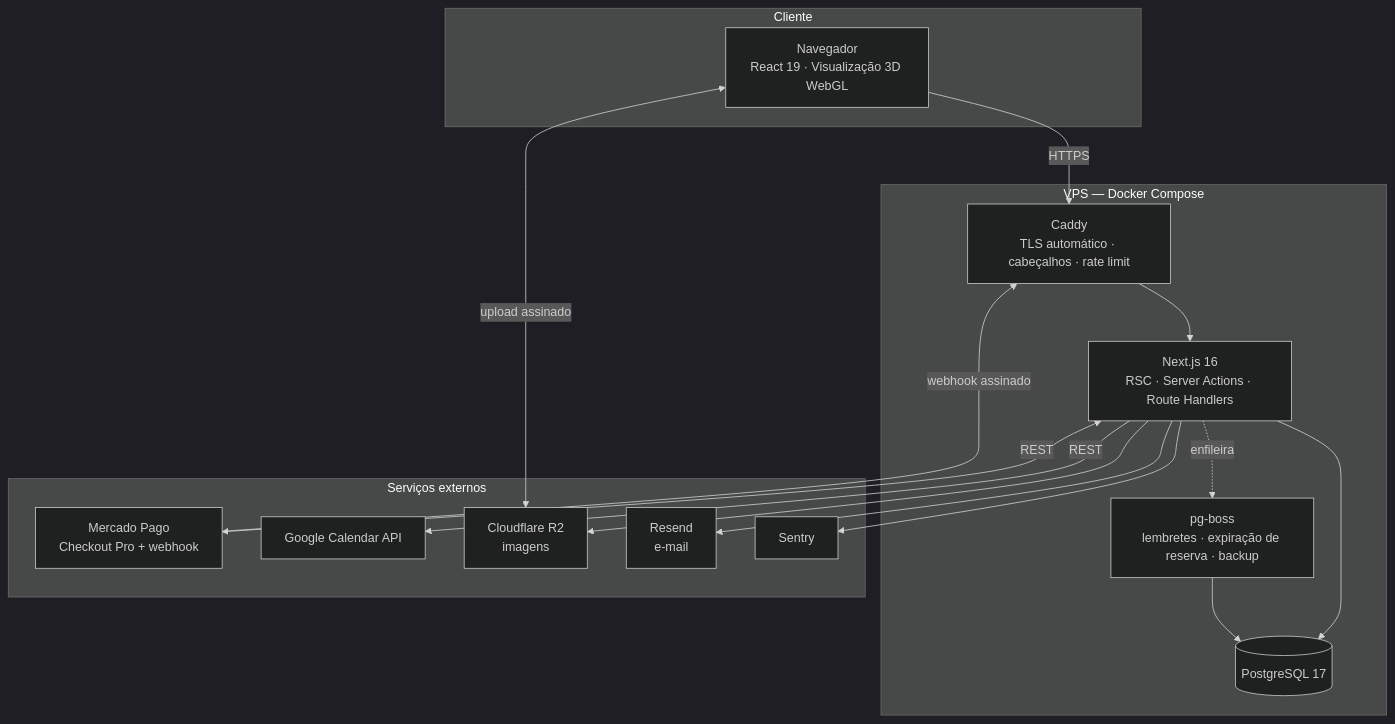
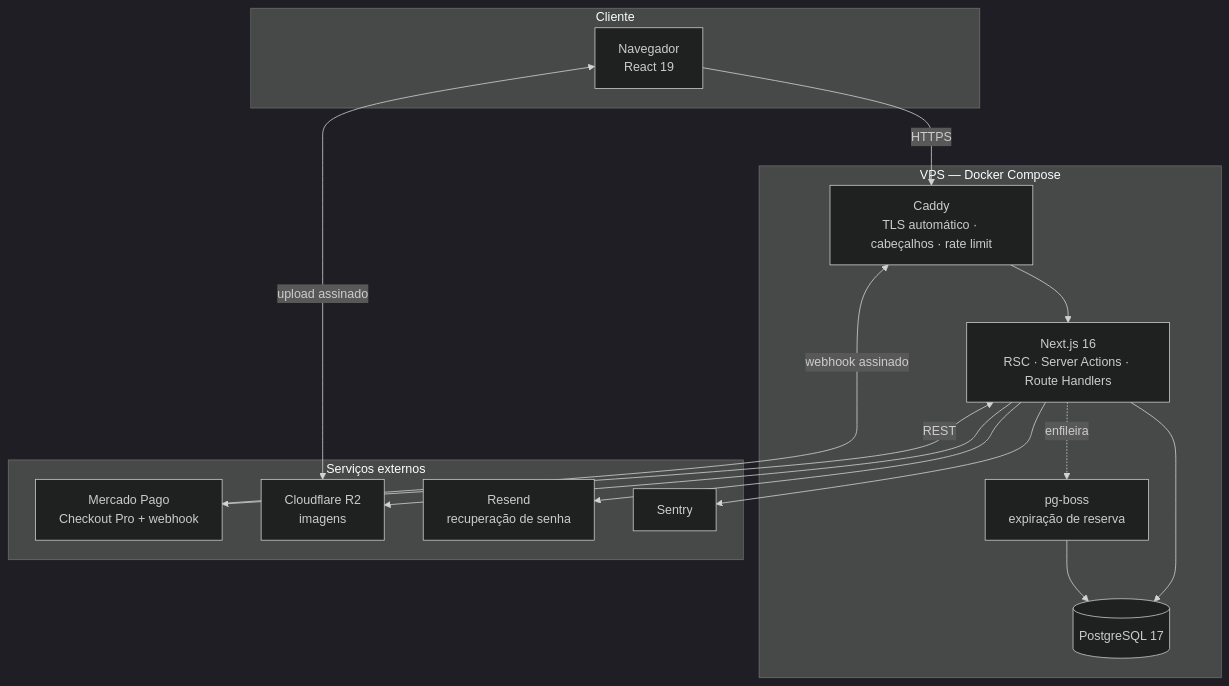
The diagram in docs/ESCOPO-E-STACK.md (caioalves19/tcc-2), drawn with Mermaid (dark theme) before and after one commit. The commit also changed other lines of this file and 5 other files, not shown here.

````diff
--- a/docs/ESCOPO-E-STACK.md
+++ b/docs/ESCOPO-E-STACK.md
@@ -292,33 +275,31 @@
 ```mermaid
 graph TB
     subgraph Cliente
-        B["Navegador<br/>React 19 · Visualização 3D WebGL"]
+        B["Navegador<br/>React 19"]
     end
 
     subgraph VPS["VPS — Docker Compose"]
         C["Caddy<br/>TLS automático · cabeçalhos · rate limit"]
         A["Next.js 16<br/>RSC · Server Actions · Route Handlers"]
-        W["pg-boss<br/>lembretes · expiração de reserva · backup"]
+        W["pg-boss<br/>expiração de reserva"]
         D[("PostgreSQL 17")]
     end
 
     subgraph Externos["Serviços externos"]
         MP["Mercado Pago<br/>Checkout Pro + webhook"]
-        GC["Google Calendar API"]
         R2["Cloudflare R2<br/>imagens"]
-        RS["Resend<br/>e-mail"]
+        RS["Resend<br/>recuperação de senha"]
         SE["Sentry"]
     end
 
     B -->|HTTPS| C --> A
     A --> D
     W --> D
     A -.->|enfileira| W
     A <-->|REST| MP
     MP -->|webhook assinado| C
-    A -->|REST| GC
     B <-->|upload assinado| R2
     A --> R2
     A --> RS
     A --> SE
 ```
````
